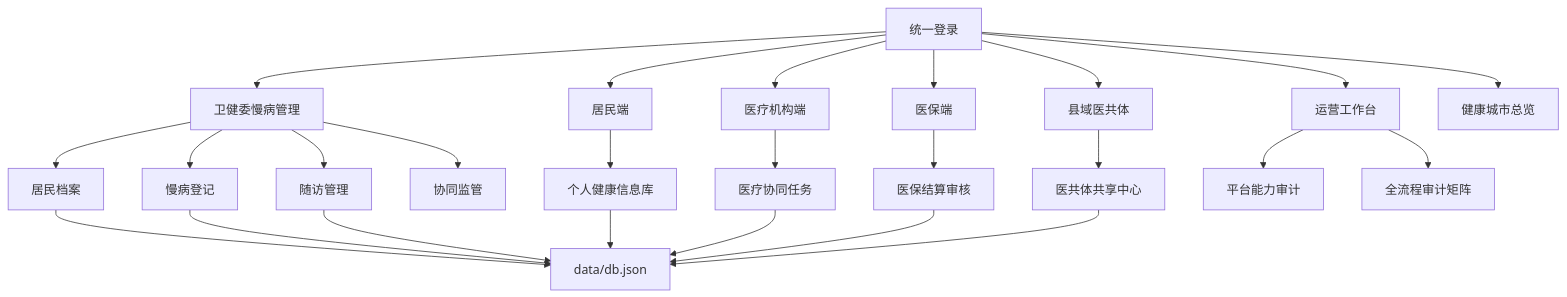
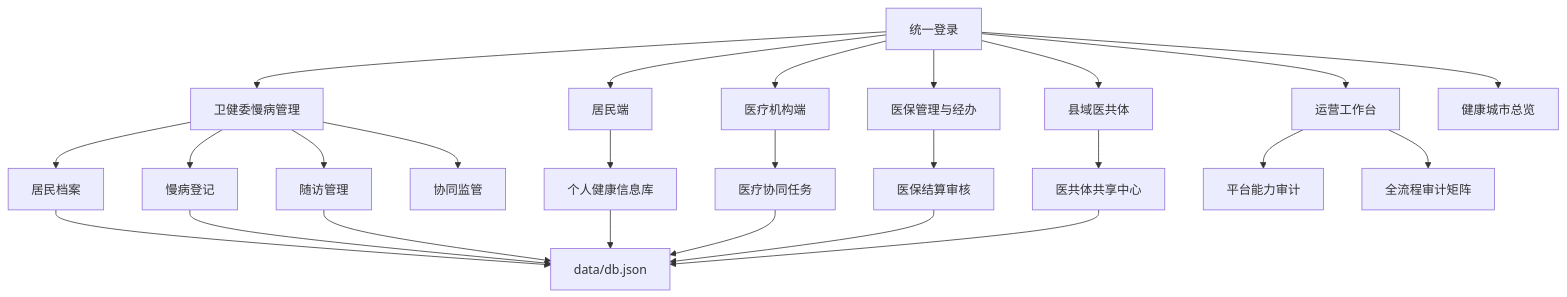
Before and after one commit to xujiann/chronic-care-platform: the diagram in docs/慢病平台系统结构图与优化建议.md, drawn with Mermaid. The commit also changed other lines of this file and 16 other files, not shown here.

````diff
--- a/docs/慢病平台系统结构图与优化建议.md
+++ b/docs/慢病平台系统结构图与优化建议.md
@@ -20,31 +20,31 @@
 ```mermaid
 flowchart TB
   Login["统一登录"] --> Workbench["运营工作台"]
   Login --> Chronic["卫健委慢病管理"]
   Login --> Citizen["居民端"]
   Login --> Institution["医疗机构端"]
-  Login --> Insurance["医保端"]
+  Login --> Insurance["医保管理与经办"]
   Login --> County["县域医共体"]
   Login --> City["健康城市总览"]
 
   Chronic --> Residents["居民档案"]
   Chronic --> Diseases["慢病登记"]
   Chronic --> Followups["随访管理"]
   Chronic --> Supervision["协同监管"]
 
   Citizen --> PersonalRecords["个人健康信息库"]
   Institution --> CareOrders["医疗协同任务"]
   Insurance --> Claims["医保结算审核"]
   County --> SharedCenters["医共体共享中心"]
 
   Workbench --> PlatformAudit["平台能力审计"]
   Workbench --> ProcessAudit["全流程审计矩阵"]
 
   Residents --> Data["data/db.json"]
   Diseases --> Data
   Followups --> Data
   PersonalRecords --> Data
   CareOrders --> Data
   Claims --> Data
   SharedCenters --> Data
 ```
````
